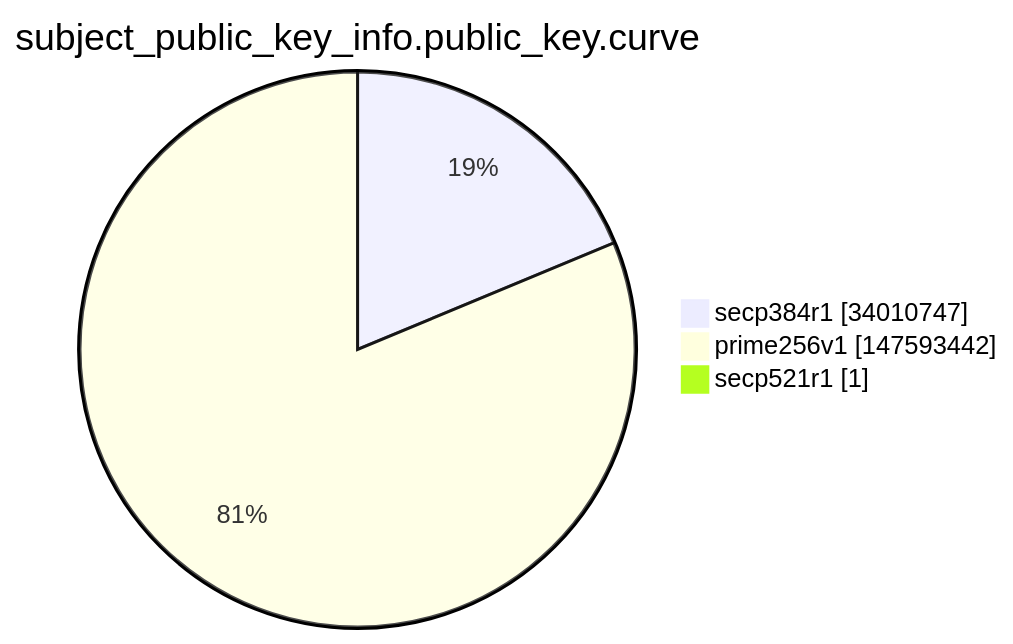
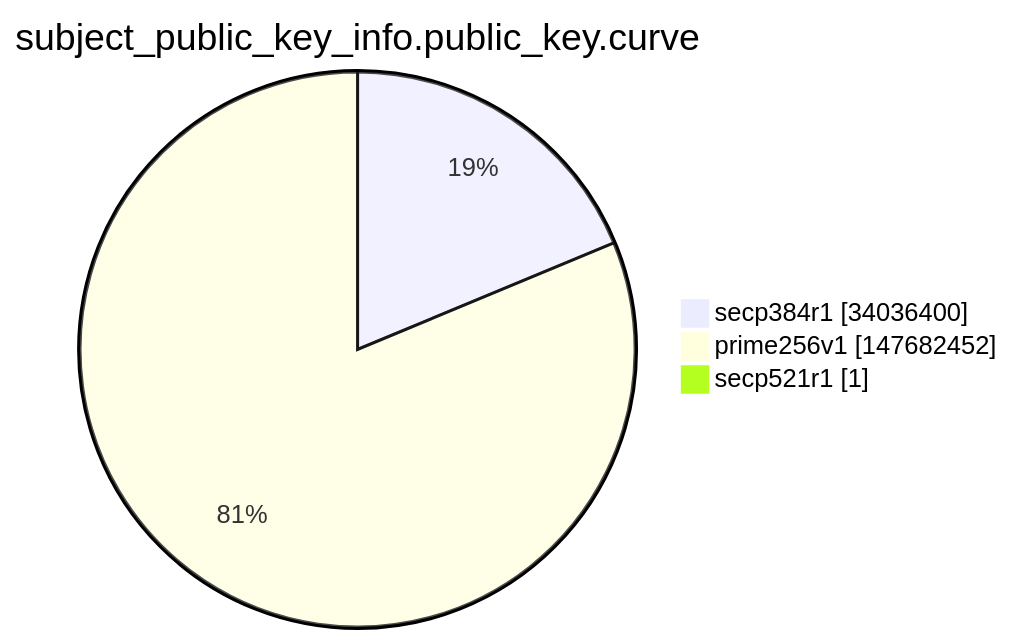
The ninth of 15 diagrams in argon2022/README.md (christiankrug/ctmonitor_visualization), drawn with Mermaid before and after one commit. The commit also changed other lines of this file, not shown here.

````diff
--- a/argon2022/README.md
+++ b/argon2022/README.md
@@ -2764,7 +2764,7 @@
 ```mermaid
 pie showData
 title subject_public_key_info.public_key.curve
-"secp384r1" :34010747
-"prime256v1" :147593442
+"secp384r1" :34036400
+"prime256v1" :147682452
 "secp521r1" :1
 ```
````
